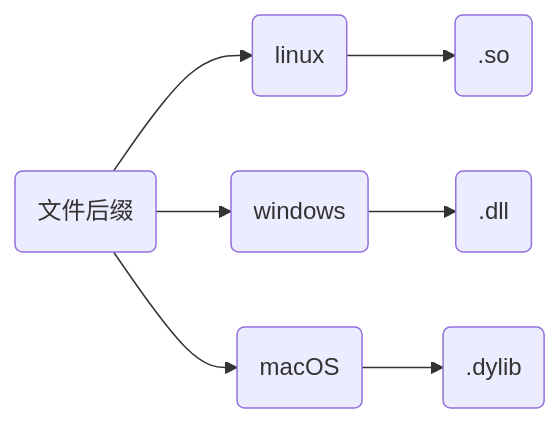
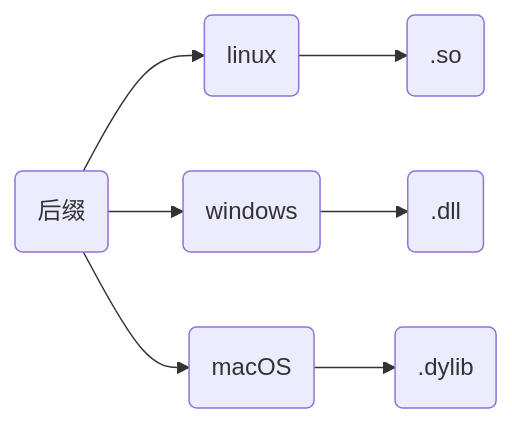
Before and after one commit to dmjcb/dmjcb.github.io: the first of 3 diagrams in _posts/language/c_c++/library/2023-02-28-动态库.md, drawn with Mermaid. The commit also changed other lines of this file and 47 other files, not shown here.

````diff
--- a/_posts/language/c_c++/library/2023-02-28-动态库.md
+++ b/_posts/language/c_c++/library/2023-02-28-动态库.md
@@ -17,7 +17,7 @@
 ```mermaid
 graph LR;
-    X(文件后缀)
+    X(后缀)
     X-->A(linux)-->A1(.so)
     X-->B(windows)-->B1(.dll)
     X-->C(macOS)-->C1(.dylib)
 ```
````
